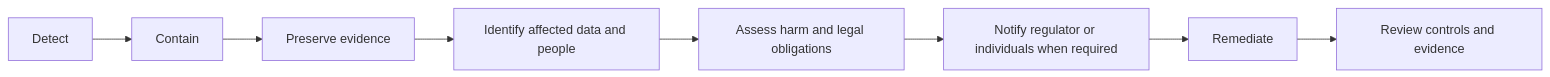
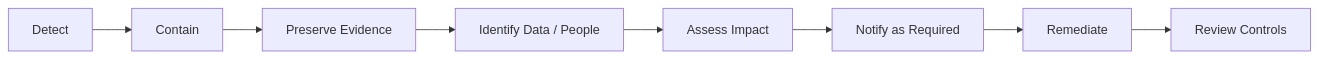
The sixth of 6 diagrams in src/content/security/pii-kyc-data-handling.md (AvadhBhalodiya/Interview-Preparation), drawn with Mermaid before and after one commit. The commit also changed other lines of this file and 54 other files, not shown here.

````diff
--- a/src/content/security/pii-kyc-data-handling.md
+++ b/src/content/security/pii-kyc-data-handling.md
@@ -1121,10 +530,10 @@
 ```mermaid
 flowchart LR
     A[Detect] --> B[Contain]
-    B --> C[Preserve evidence]
-    C --> D[Identify affected data and people]
-    D --> E[Assess harm and legal obligations]
-    E --> F[Notify regulator or individuals when required]
+    B --> C[Preserve Evidence]
+    C --> D[Identify Data / People]
+    D --> E[Assess Impact]
+    E --> F[Notify as Required]
     F --> G[Remediate]
-    G --> H[Review controls and evidence]
+    G --> H[Review Controls]
 ```
````
